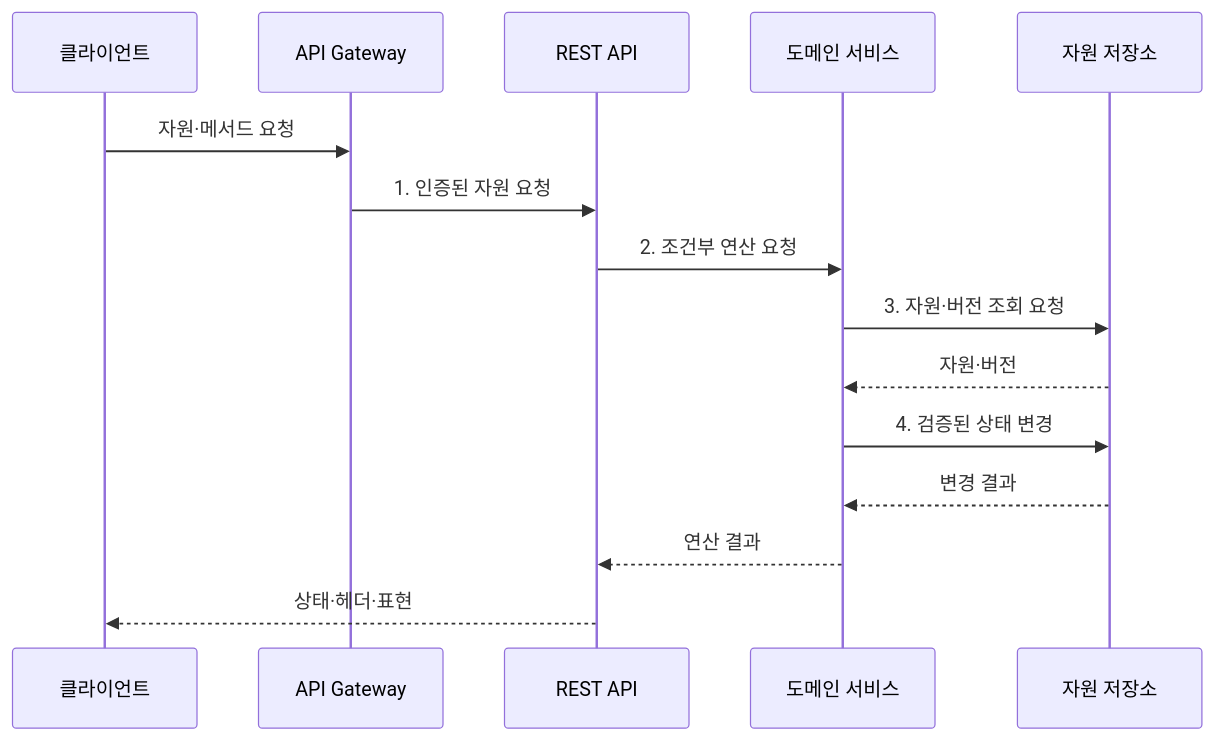
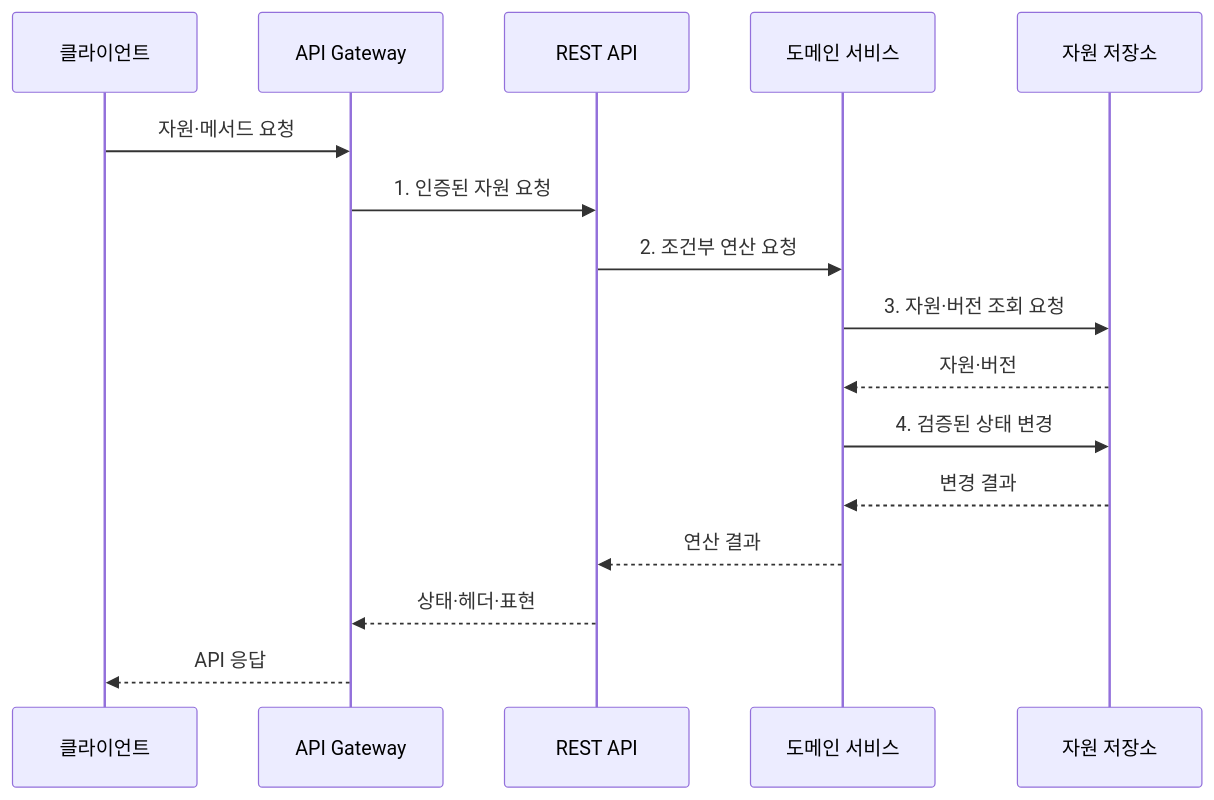
The second of 2 diagrams in src/content/docs/notes/03-software/171_restful_api_design.md (agnusdei1207/knowledge-base), drawn with Mermaid before and after one commit. The commit also changed other lines of this file and 8 other files, not shown here.

````diff
--- a/src/content/docs/notes/03-software/171_restful_api_design.md
+++ b/src/content/docs/notes/03-software/171_restful_api_design.md
@@ -84,17 +84,18 @@
 ```mermaid
 sequenceDiagram
     participant C as 클라이언트
     participant G as API Gateway
     participant A as REST API
     participant D as 도메인 서비스
     participant S as 자원 저장소
     C->>G: 자원·메서드 요청
     G->>A: 1. 인증된 자원 요청
     A->>D: 2. 조건부 연산 요청
     D->>S: 3. 자원·버전 조회 요청
     S-->>D: 자원·버전
     D->>S: 4. 검증된 상태 변경
     S-->>D: 변경 결과
     D-->>A: 연산 결과
-    A-->>C: 상태·헤더·표현
+    A-->>G: 상태·헤더·표현
+    G-->>C: API 응답
 ```
````
